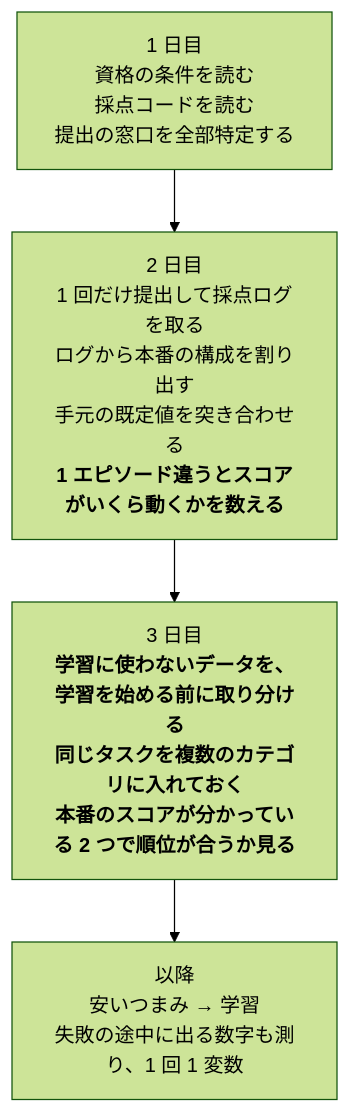
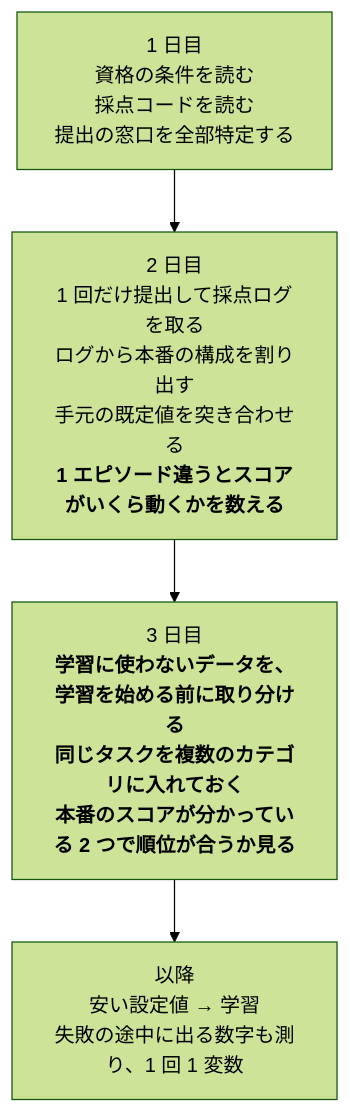
Before and after one commit to siruku6/PARC2026_pre: the diagram in docs/talk/lessons_learned.md, drawn with Mermaid (forest theme). The commit also changed other lines of this file and 89 other files, not shown here.

````diff
--- a/docs/talk/lessons_learned.md
+++ b/docs/talk/lessons_learned.md
@@ -433,8 +433,8 @@
 ```mermaid
 flowchart TD
     D1["1 日目<br/>資格の条件を読む<br/>採点コードを読む<br/>提出の窓口を全部特定する"]
     D2["2 日目<br/>1 回だけ提出して採点ログを取る<br/>ログから本番の構成を割り出す<br/>手元の既定値を突き合わせる<br/><b>1 エピソード違うとスコアがいくら動くかを数える</b>"]
     D3["3 日目<br/><b>学習に使わないデータを、学習を始める前に取り分ける</b><br/><b>同じタスクを複数のカテゴリに入れておく</b><br/><b>本番のスコアが分かっている 2 つで順位が合うか見る</b>"]
-    GO["以降<br/>安いつまみ → 学習<br/>失敗の途中に出る数字も測り、1 回 1 変数"]
+    GO["以降<br/>安い設定値 → 学習<br/>失敗の途中に出る数字も測り、1 回 1 変数"]
     D1 --> D2 --> D3 --> GO
 ```
````
